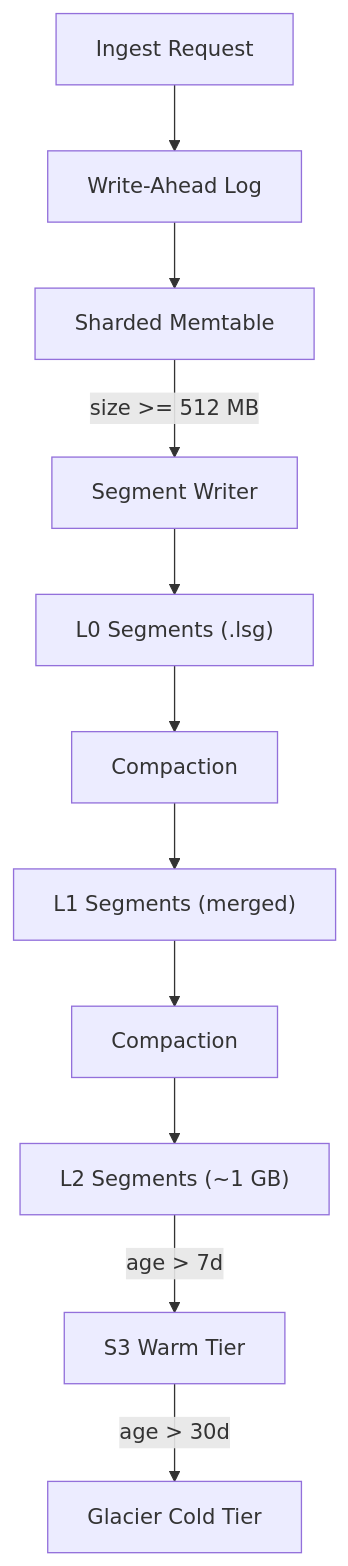
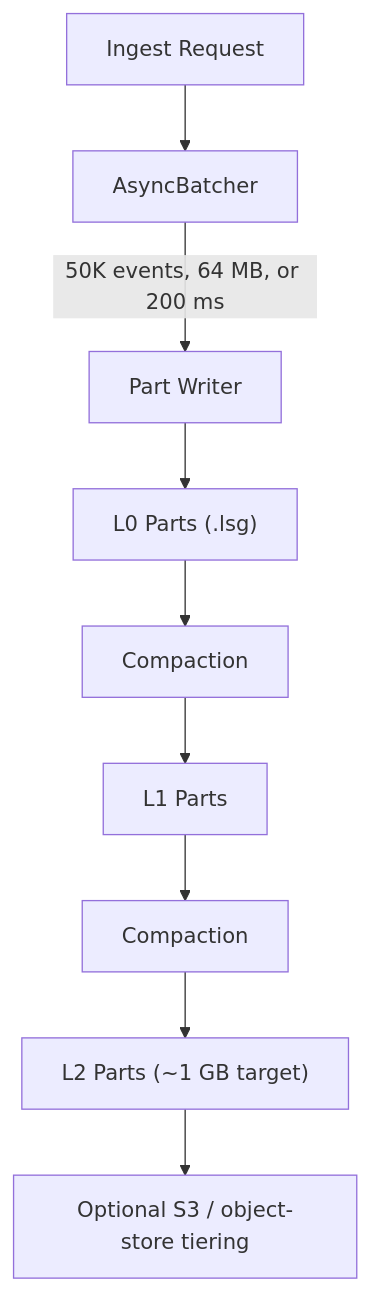
The diagram in docs/site/docs/architecture/storage-engine.md (lynxbase/lynxdb), drawn with Mermaid before and after one commit. The commit also changed other lines of this file and 86 other files, not shown here.

````diff
--- a/docs/site/docs/architecture/storage-engine.md
+++ b/docs/site/docs/architecture/storage-engine.md
@@ -13,13 +13,11 @@
 ```mermaid
 flowchart TD
-    A[Ingest Request] --> B[Write-Ahead Log]
-    B --> C[Sharded Memtable]
-    C -->|"size >= 512 MB"| D[Segment Writer]
-    D --> E["L0 Segments (.lsg)"]
-    E --> F[Compaction]
-    F --> G["L1 Segments (merged)"]
-    G --> H[Compaction]
-    H --> I["L2 Segments (~1 GB)"]
-    I -->|"age > 7d"| J[S3 Warm Tier]
-    J -->|"age > 30d"| K[Glacier Cold Tier]
+    A[Ingest Request] --> B[AsyncBatcher]
+    B -->|"50K events, 64 MB, or 200 ms"| C[Part Writer]
+    C --> D["L0 Parts (.lsg)"]
+    D --> E[Compaction]
+    E --> F["L1 Parts"]
+    F --> G[Compaction]
+    G --> H["L2 Parts (~1 GB target)"]
+    H --> I["Optional S3 / object-store tiering"]
 ```
````
